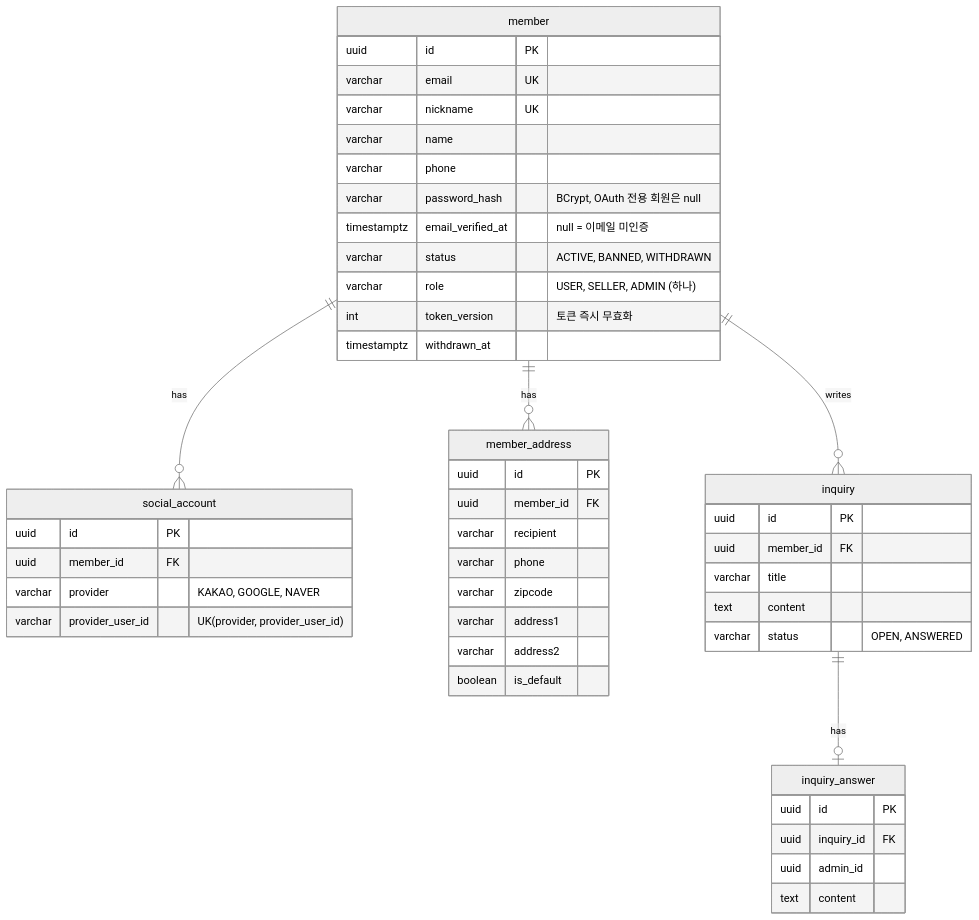
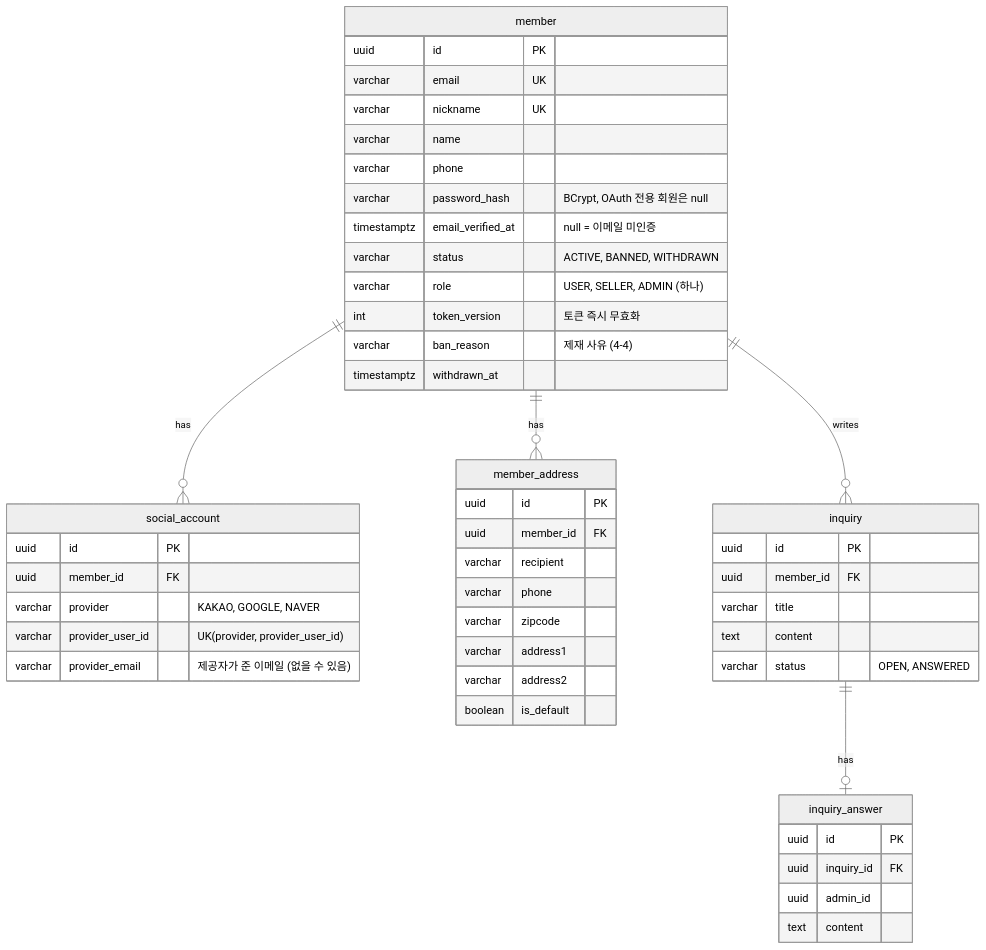
The first of 10 diagrams in docs/02-design/03-erd.md (95twan/myroutine-v2), drawn with Mermaid (neutral theme) before and after one commit. The commit also changed other lines of this file and 20 other files, not shown here.

````diff
--- a/docs/02-design/03-erd.md
+++ b/docs/02-design/03-erd.md
@@ -16,49 +17,51 @@
 ```mermaid
 erDiagram
   member ||--o{ social_account : has
   member ||--o{ member_address : has
   member ||--o{ inquiry : writes
   inquiry ||--o| inquiry_answer : has
   member {
     uuid id PK
     varchar email UK
     varchar nickname UK
     varchar name
     varchar phone
     varchar password_hash "BCrypt, OAuth 전용 회원은 null"
     timestamptz email_verified_at "null = 이메일 미인증"
     varchar status "ACTIVE, BANNED, WITHDRAWN"
     varchar role "USER, SELLER, ADMIN (하나)"
     int token_version "토큰 즉시 무효화"
+    varchar ban_reason "제재 사유 (4-4)"
     timestamptz withdrawn_at
   }
   social_account {
     uuid id PK
     uuid member_id FK
     varchar provider "KAKAO, GOOGLE, NAVER"
     varchar provider_user_id "UK(provider, provider_user_id)"
+    varchar provider_email "제공자가 준 이메일 (없을 수 있음)"
   }
   member_address {
     uuid id PK
     uuid member_id FK
     varchar recipient
     varchar phone
     varchar zipcode
     varchar address1
     varchar address2
     boolean is_default
   }
   inquiry {
     uuid id PK
     uuid member_id FK
     varchar title
     text content
     varchar status "OPEN, ANSWERED"
   }
   inquiry_answer {
     uuid id PK
     uuid inquiry_id FK
     uuid admin_id
     text content
   }
 ```
````
